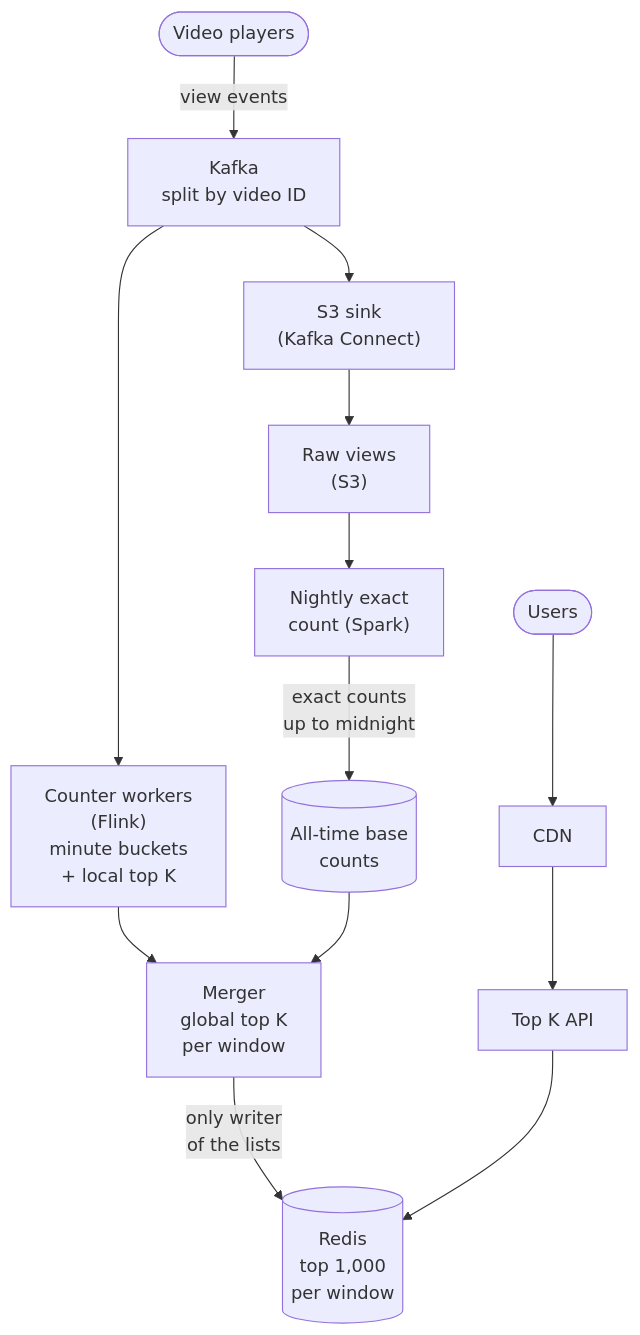
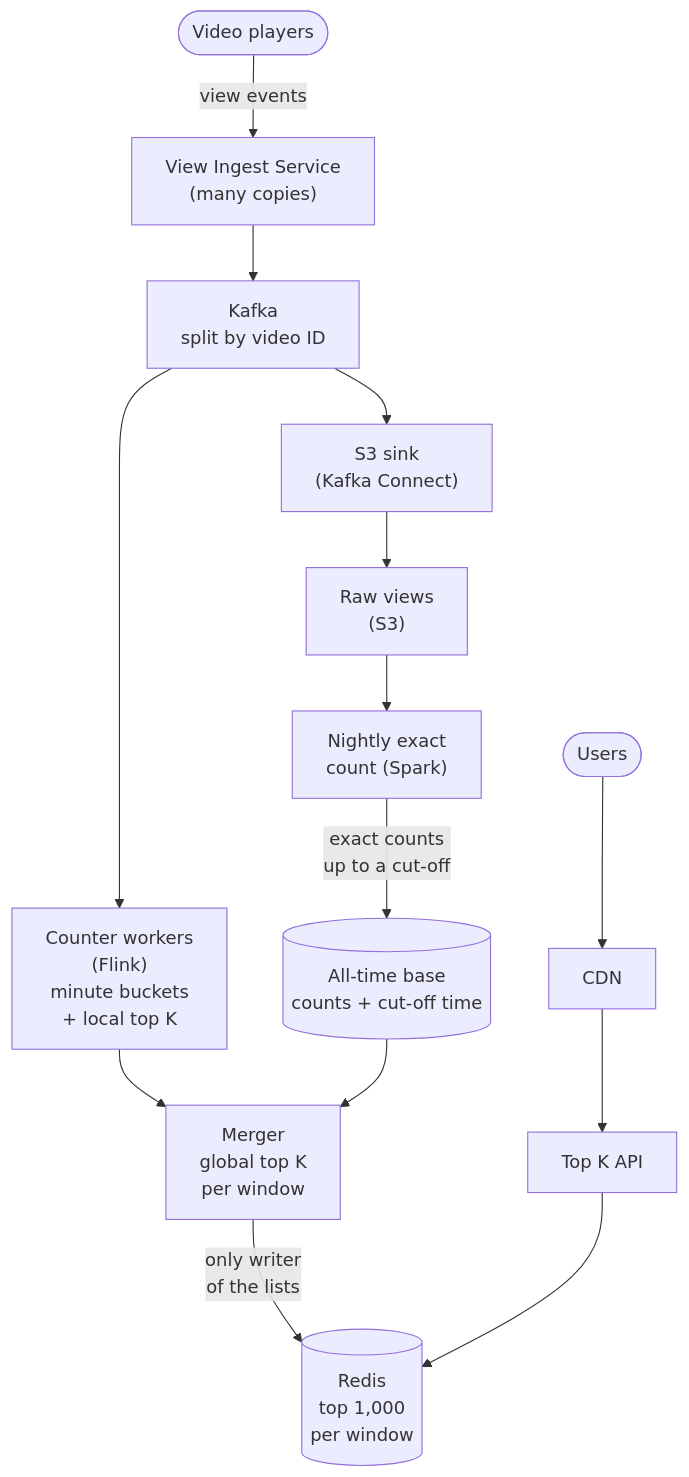
Before and after one commit to iamrs77/interview-ready: the fourth of 4 diagrams in content/system-design/questions/top-k.mdx, drawn with Mermaid. The commit also changed other lines of this file and 132 other files, not shown here.

````diff
--- a/content/system-design/questions/top-k.mdx
+++ b/content/system-design/questions/top-k.mdx
@@ -241,15 +244,16 @@
 ```mermaid
 flowchart TB
-  Player(["Video players"]):::client -->|"view events"| Kafka["Kafka<br/>split by video ID"]:::queue
+  Player(["Video players"]):::client -->|"view events"| Ingest["View Ingest Service<br/>(many copies)"]:::service
+  Ingest --> Kafka["Kafka<br/>split by video ID"]:::queue
   Kafka --> Workers["Counter workers<br/>(Flink)<br/>minute buckets<br/>+ local top K"]:::service
   Workers --> Merge["Merger<br/>global top K<br/>per window"]:::service
   Merge -->|"only writer<br/>of the lists"| Cache[("Redis<br/>top 1,000<br/>per window")]:::cache
   Kafka --> Sink["S3 sink<br/>(Kafka Connect)"]:::service
   Sink --> Raw["Raw views<br/>(S3)"]:::storage
   Raw --> Batch["Nightly exact<br/>count (Spark)"]:::service
-  Batch -->|"exact counts<br/>up to midnight"| Base[("All-time base<br/>counts")]:::db
+  Batch -->|"exact counts<br/>up to a cut-off"| Base[("All-time base<br/>counts + cut-off time")]:::db
   Base --> Merge
   User(["Users"]):::client --> CDN["CDN"]:::storage
   CDN --> API["Top K API"]:::service
   API --> Cache
 ```
````
